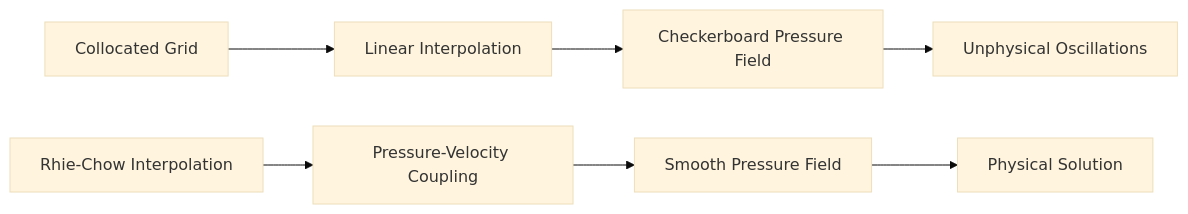
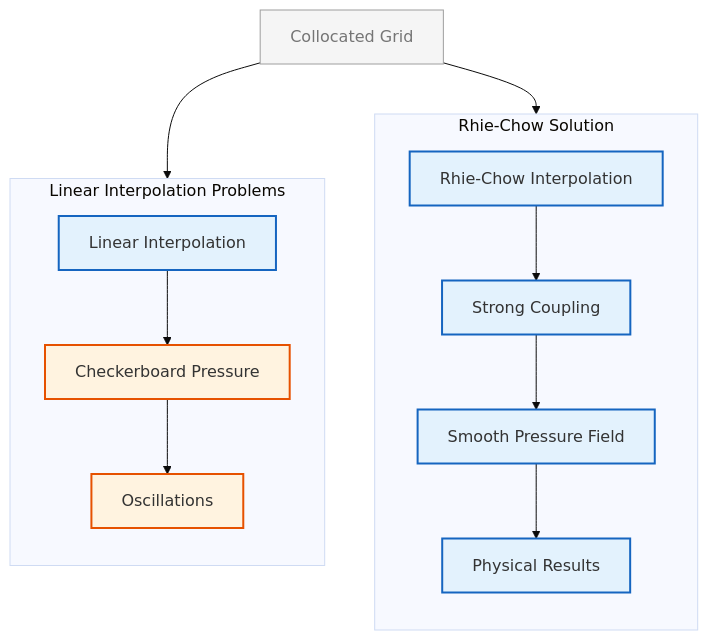
The diagram in MODULE_03_SINGLE_PHASE_FLOW/CONTENT/02_PRESSURE_VELOCITY_COUPLING/04_Rhie_Chow_Interpolation.md (wramet/build-my-cfd), drawn with Mermaid (base theme) before and after one commit. The commit also changed 313 other files, not shown here.

Commit message:
Revise all diagram

````diff
--- a/MODULE_03_SINGLE_PHASE_FLOW/CONTENT/02_PRESSURE_VELOCITY_COUPLING/04_Rhie_Chow_Interpolation.md
+++ b/MODULE_03_SINGLE_PHASE_FLOW/CONTENT/02_PRESSURE_VELOCITY_COUPLING/04_Rhie_Chow_Interpolation.md
@@ -19,10 +19,23 @@
 ```mermaid
-flowchart LR
-    A[Collocated Grid] --> B[Linear Interpolation]
-    B --> C[Checkerboard Pressure Field]
-    C --> D[Unphysical Oscillations]
+flowchart TB
+%% Classes
+classDef explicit fill:#fff3e0,stroke:#e65100,stroke-width:2px;
+classDef implicit fill:#e3f2fd,stroke:#1565c0,stroke-width:2px;
+classDef context fill:#f5f5f5,stroke:#9e9e9e,stroke-width:1px,color:#757575;
+%% Subgraphs
+subgraph Problem [Linear Interpolation Problems]
+    direction TB
+    B[Linear Interpolation]:::implicit --> C[Checkerboard Pressure]:::explicit
+    C --> D[Oscillations]:::explicit
+end
 
-    E[Rhie-Chow Interpolation] --> F[Pressure-Velocity Coupling]
-    F --> G[Smooth Pressure Field]
-    G --> H[Physical Solution]
+subgraph Solution [Rhie-Chow Solution]
+    direction TB
+    E[Rhie-Chow Interpolation]:::implicit --> F[Strong Coupling]:::implicit
+    F --> G[Smooth Pressure Field]:::implicit
+    G --> H[Physical Results]:::implicit
+end
+
+A[Collocated Grid]:::context --> Problem
+A --> Solution
 ```
````
